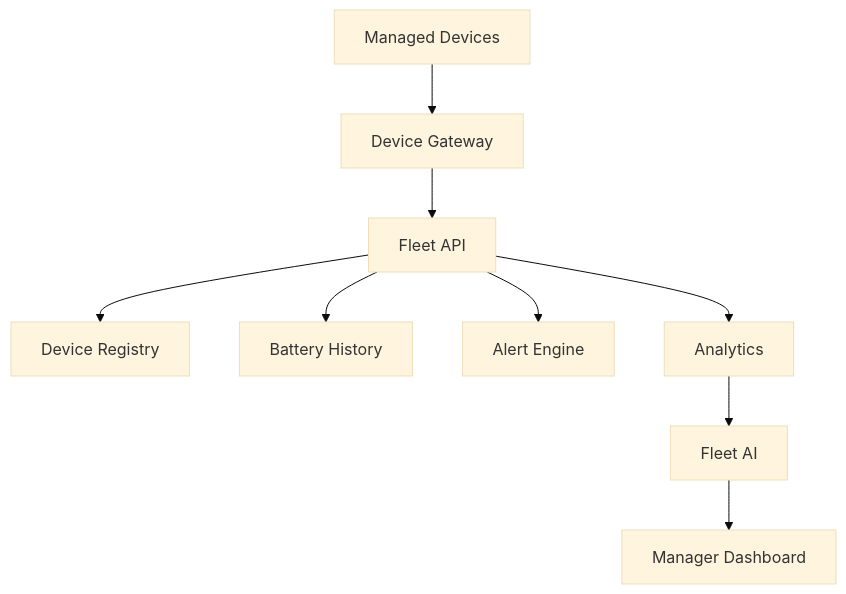
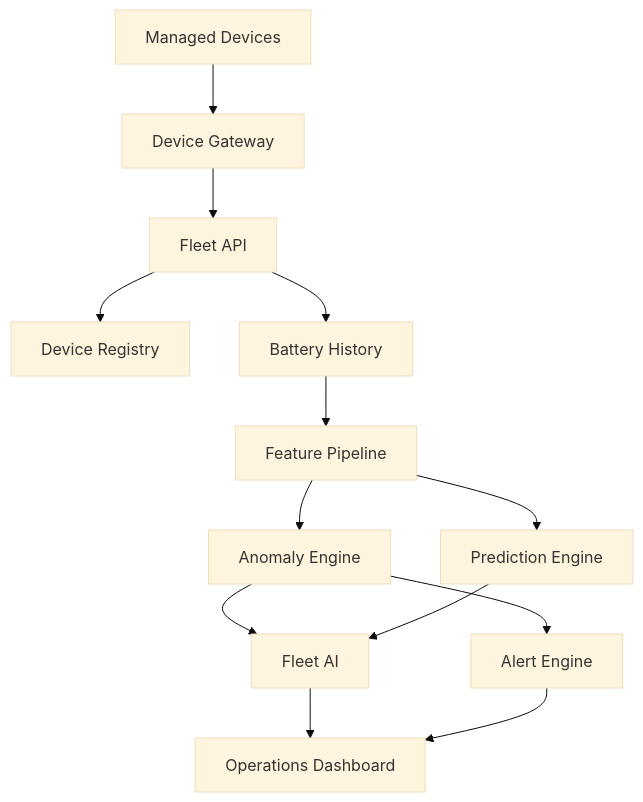
One commit to lucylow/battery_tracker_mobile changed diagram 15 of 25 in README.md. Above: the diagram before and after it, drawn with Mermaid (base theme). The commit also changed other lines of this file, not shown here.

````diff
--- a/README.md
+++ b/README.md
@@ -1192,11 +1135,15 @@
 ```mermaid
 flowchart TD
-    A[Managed Devices] --> B[Device Gateway]
-    B --> C[Fleet API]
-    C --> D[Device Registry]
-    C --> E[Battery History]
-    C --> F[Alert Engine]
-    C --> G[Analytics]
-    G --> H[Fleet AI]
-    H --> I[Manager Dashboard]
+    D[Managed Devices] --> G[Device Gateway]
+    G --> API[Fleet API]
+    API --> R[Device Registry]
+    API --> H[Battery History]
+    H --> F[Feature Pipeline]
+    F --> A[Anomaly Engine]
+    F --> P[Prediction Engine]
+    A --> AI[Fleet AI]
+    P --> AI
+    AI --> DASH[Operations Dashboard]
+    A --> ALERTS[Alert Engine]
+    ALERTS --> DASH
 ```
````
